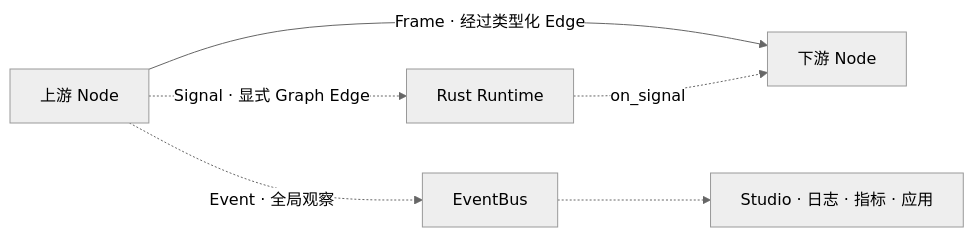
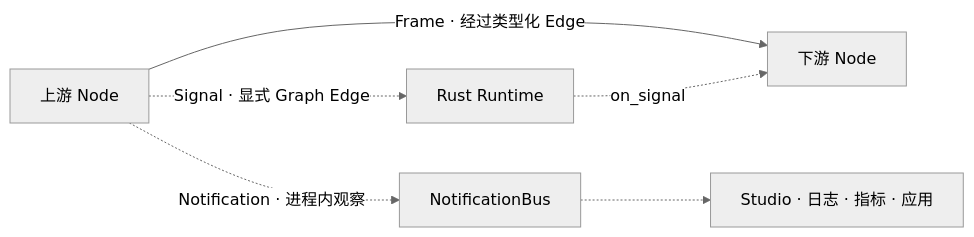
The diagram in docs/site/zh/realtime-control.md (PiyotaHu/Voxa), drawn with Mermaid (neutral theme) before and after one commit. The commit also changed other lines of this file and 91 other files, not shown here.

Commit message:
refactor!: rename EventBus to NotificationBus

````diff
--- a/docs/site/zh/realtime-control.md
+++ b/docs/site/zh/realtime-control.md
@@ -8,8 +8,8 @@
 ```mermaid
 flowchart LR
     N1["上游 Node"] -->|"Frame · 经过类型化 Edge"| N2["下游 Node"]
     N1 -.->|"Signal · 显式 Graph Edge"| R["Rust Runtime"]
-    N1 -.->|"Event · 全局观察"| B["EventBus"]
+    N1 -.->|"Notification · 进程内观察"| B["NotificationBus"]
     R -.->|"on_signal"| N2
     B -.-> UI["Studio · 日志 · 指标 · 应用"]
 ```
````
